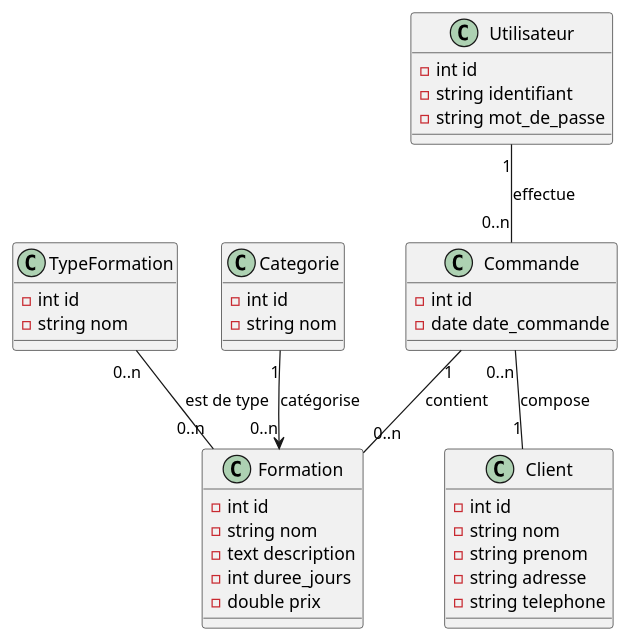
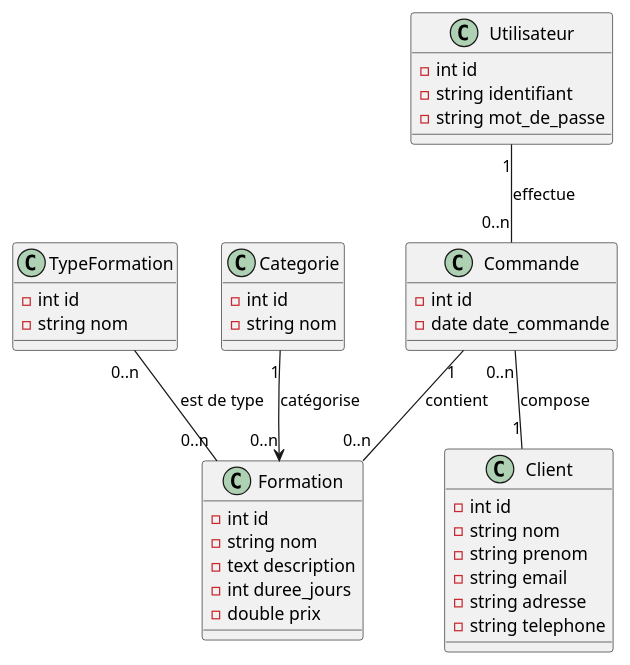
The diagram in doc/uml/2-class/venteFormation-class.puml (DucasseRafael91/VenteFormation), drawn with PlantUML before and after one commit.

Commit message:
Ajout de l'attribut email dans la table Client du diagramme de classe

```diff
--- a/doc/uml/2-class/venteFormation-class.puml
+++ b/doc/uml/2-class/venteFormation-class.puml
@@ -1,46 +1,47 @@
 @startuml VenteFormation
 
 class Formation {
     -int id
     -string nom
     -text description
     -int duree_jours
     -double prix
 }
 
 class TypeFormation {
     -int id
     -string nom
 }
 
 class Categorie {
     -int id
     -string nom
 }
 
 class Utilisateur {
     -int id
     -string identifiant
     -string mot_de_passe
 }
 
 class Client {
     -int id
     -string nom
     -string prenom
+    -string email
     -string adresse
     -string telephone
 }
 
 class Commande {
     -int id
     -date date_commande
 }
 
 Categorie "1" --> "0..n" Formation : catégorise
 TypeFormation "0..n" -- "0..n" Formation : est de type
 Utilisateur "1" -- "0..n" Commande : effectue
 Commande "1" -- "0..n" Formation : contient
 Commande "0..n" -- "1" Client : compose
 
 @enduml
```
